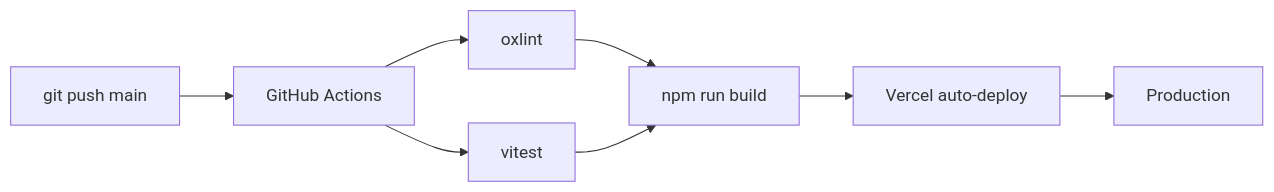
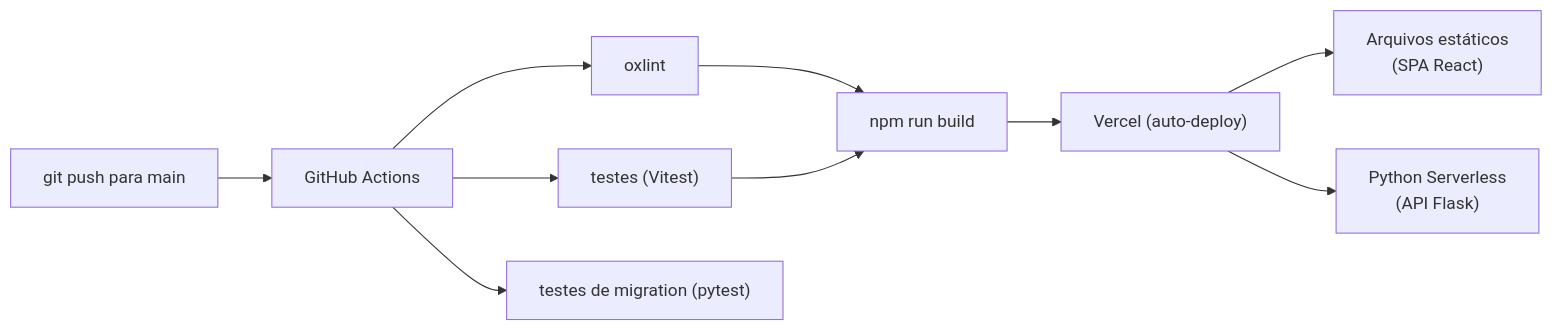
Before and after one commit to vihisantos/LabHub: the diagram in docs/operations/deployment.md, drawn with Mermaid. The commit also changed other lines of this file and 133 other files, not shown here.

````diff
--- a/docs/operations/deployment.md
+++ b/docs/operations/deployment.md
@@ -7,9 +7,11 @@
 ```mermaid
 flowchart LR
-    PUSH["git push main"] --> CI["GitHub Actions"]
+    GIT["git push para main"] --> CI["GitHub Actions"]
     CI --> LINT["oxlint"]
-    CI --> TEST["vitest"]
+    CI --> TEST["testes (Vitest)"]
+    CI --> MIG["testes de migration (pytest)"]
     LINT & TEST --> BUILD["npm run build"]
-    BUILD --> DEPLOY["Vercel auto-deploy"]
-    DEPLOY --> PROD["Production"]
+    BUILD --> VERCEL["Vercel (auto-deploy)"]
+    VERCEL --> CDN["Arquivos estáticos\n(SPA React)"]
+    VERCEL --> SERVERLESS["Python Serverless\n(API Flask)"]
 ```
````
